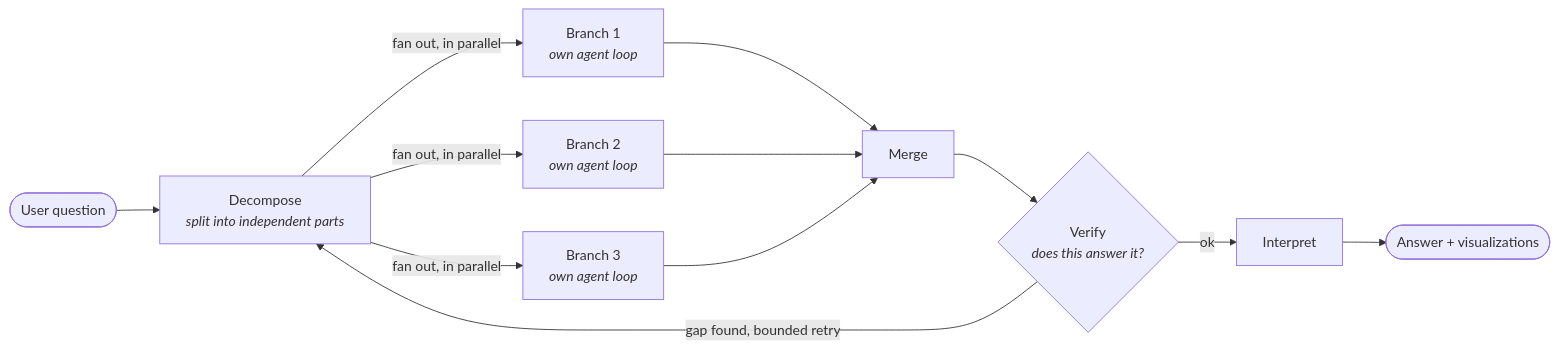
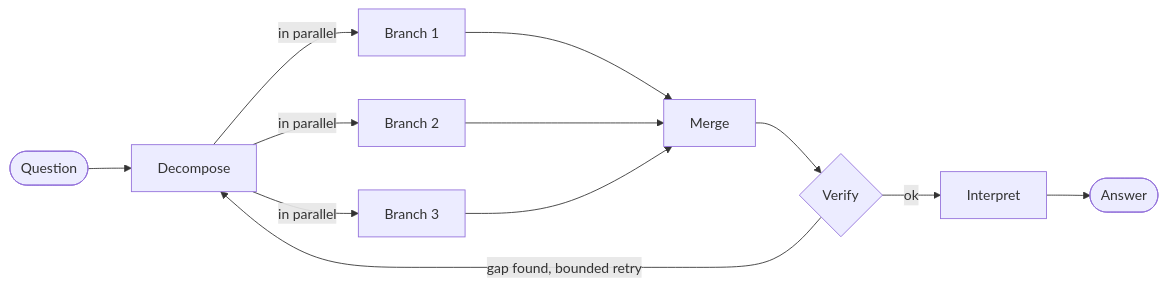
Before and after one commit to asadaslam556/prism-data-agent: the second of 3 diagrams in README.md, drawn with Mermaid. The commit also changed other lines of this file and 42 other files, not shown here.

````diff
--- a/README.md
+++ b/README.md
@@ -91,14 +194,14 @@
 ```mermaid
 flowchart LR
-    Q([User question]) --> D[Decompose<br/><i>split into independent parts</i>]
-    D -->|fan out, in parallel| B1[Branch 1<br/><i>own agent loop</i>]
-    D -->|fan out, in parallel| B2[Branch 2<br/><i>own agent loop</i>]
-    D -->|fan out, in parallel| B3[Branch 3<br/><i>own agent loop</i>]
+    Q([Question]) --> D[Decompose]
+    D -->|in parallel| B1[Branch 1]
+    D -->|in parallel| B2[Branch 2]
+    D -->|in parallel| B3[Branch 3]
     B1 --> M[Merge]
     B2 --> M
     B3 --> M
-    M --> V{Verify<br/><i>does this answer it?</i>}
+    M --> V{Verify}
     V -->|gap found, bounded retry| D
     V -->|ok| I[Interpret]
-    I --> A([Answer + visualizations])
+    I --> A([Answer])
 ```
````
